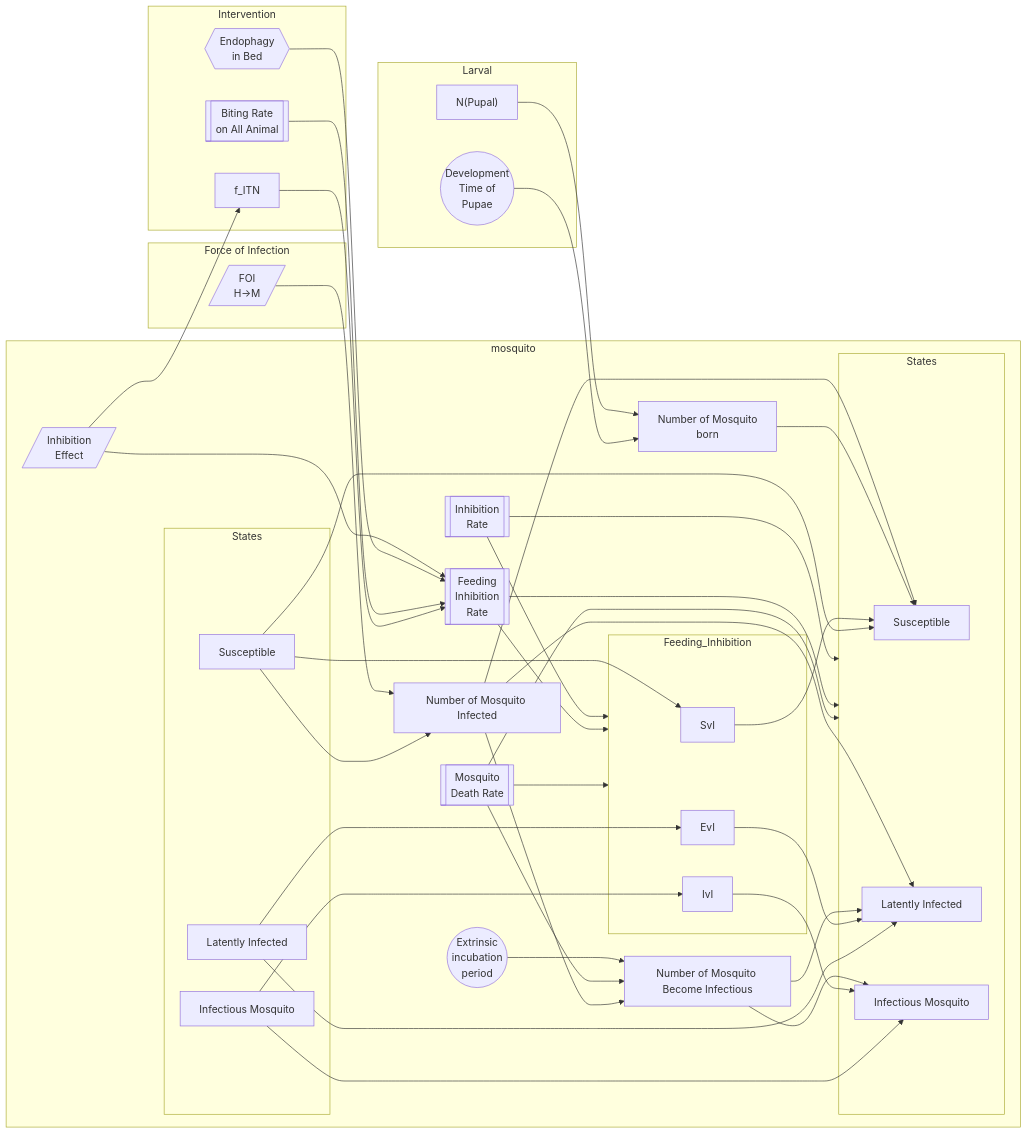
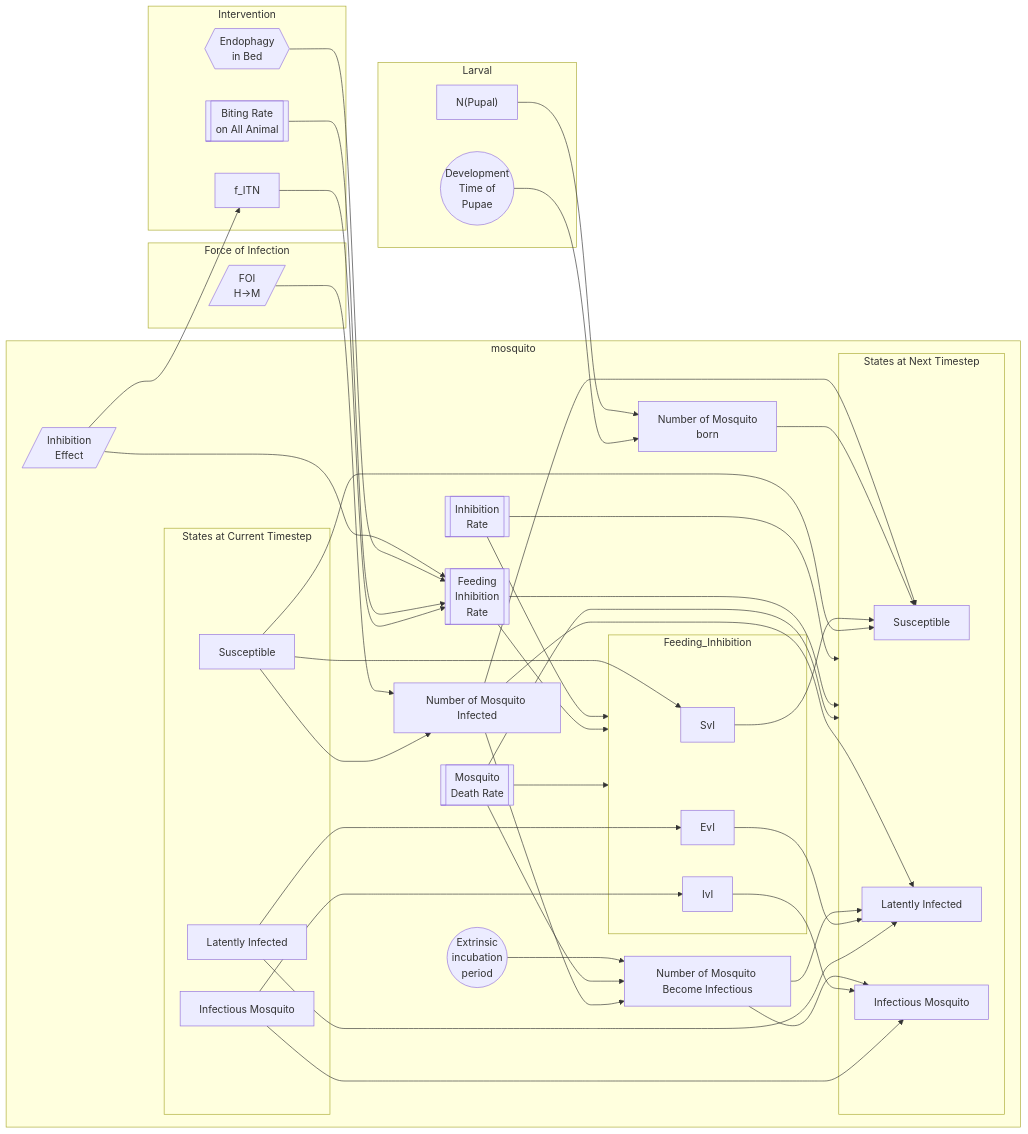
The diagram in imperial-6-mosquitoAdult.md (sepmein/malaria-model-reviews), drawn with Mermaid before and after one commit. The commit also changed 1 other file, not shown here.

Commit message:
fix: fixed the diagram

```diff
--- a/imperial-6-mosquitoAdult.md
+++ b/imperial-6-mosquitoAdult.md
@@ -6,13 +6,13 @@
 %%%%%%%%%%%
 subgraph mosquito
 
-  subgraph mosquito_states_t0 [States]
+  subgraph mosquito_states_t0 [States at Current Timestep]
     Sv_t0[Susceptible]
     Ev_t0[Latently Infected]
     Iv_t0[Infectious Mosquito]
   end
 
-  subgraph mosquito_states_t1 [States]
+  subgraph mosquito_states_t1 [States at Next Timestep]
     Sv_t1[Susceptible]
     Ev_t1[Latently Infected]
     Iv_t1[Infectious Mosquito]
```
